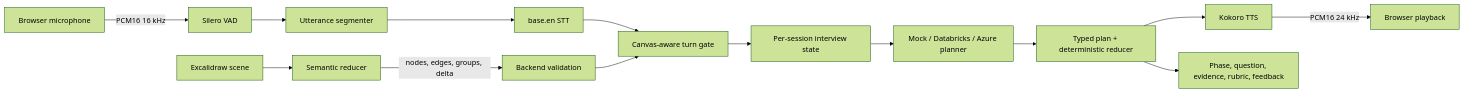
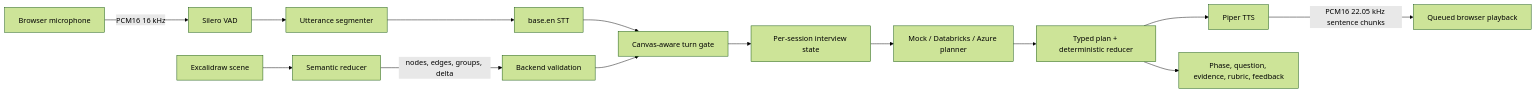
The diagram in docs/DEMO_STORYBOARD.md (manupatel007/system-design-ai-interview), drawn with Mermaid (forest theme) before and after one commit. The commit also changed other lines of this file and 28 other files, not shown here.

````diff
--- a/docs/DEMO_STORYBOARD.md
+++ b/docs/DEMO_STORYBOARD.md
@@ -142,18 +142,18 @@
 ```mermaid
 flowchart LR
     MIC[Browser microphone] -->|PCM16 16 kHz| VAD[Silero VAD]
     VAD --> SEG[Utterance segmenter]
     SEG --> STT[base.en STT]
     STT --> GATE[Canvas-aware turn gate]
 
     CANVAS[Excalidraw scene] --> NORMALIZE[Semantic reducer]
     NORMALIZE -->|nodes, edges, groups, delta| VALIDATE[Backend validation]
     VALIDATE --> GATE
 
     GATE --> STATE[Per-session interview state]
     STATE --> PLAN[Mock / Databricks / Azure planner]
     PLAN --> REDUCER[Typed plan + deterministic reducer]
-    REDUCER --> TTS[Kokoro TTS]
-    TTS -->|PCM16 24 kHz| PLAY[Browser playback]
+    REDUCER --> TTS[Piper TTS]
+    TTS -->|PCM16 22.05 kHz sentence chunks| PLAY[Queued browser playback]
     REDUCER --> UI[Phase, question, evidence, rubric, feedback]
 ```
````
